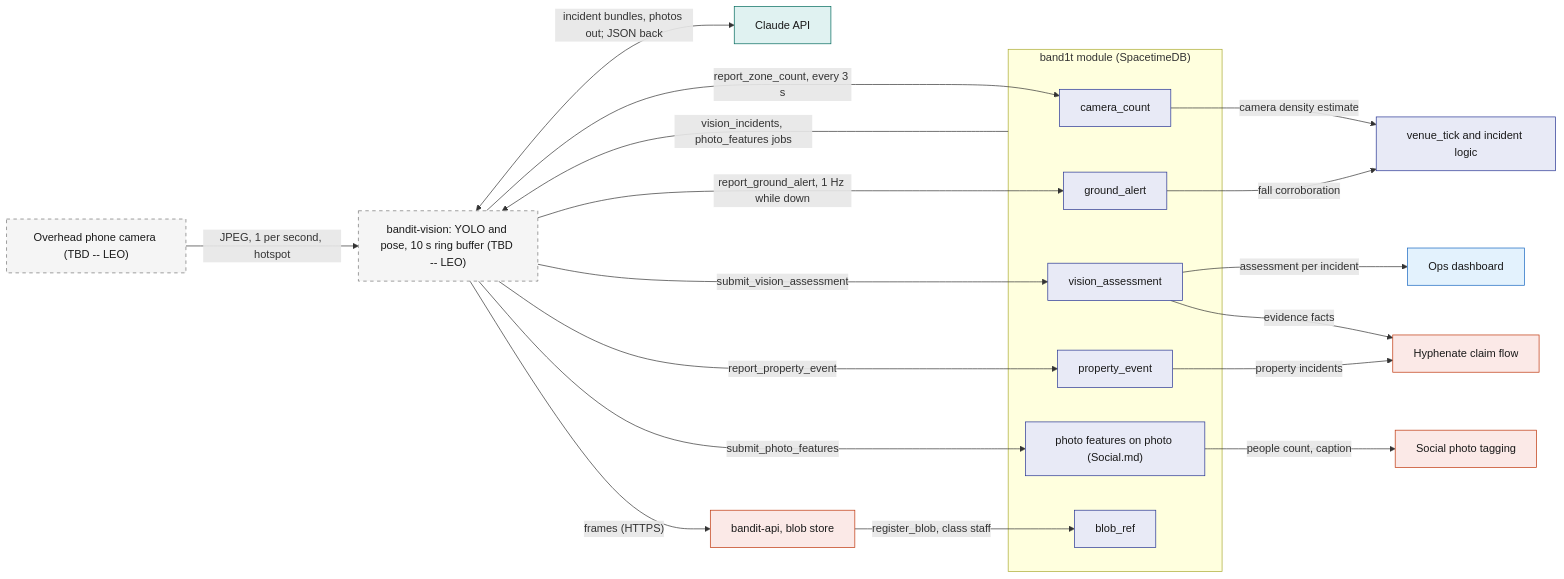
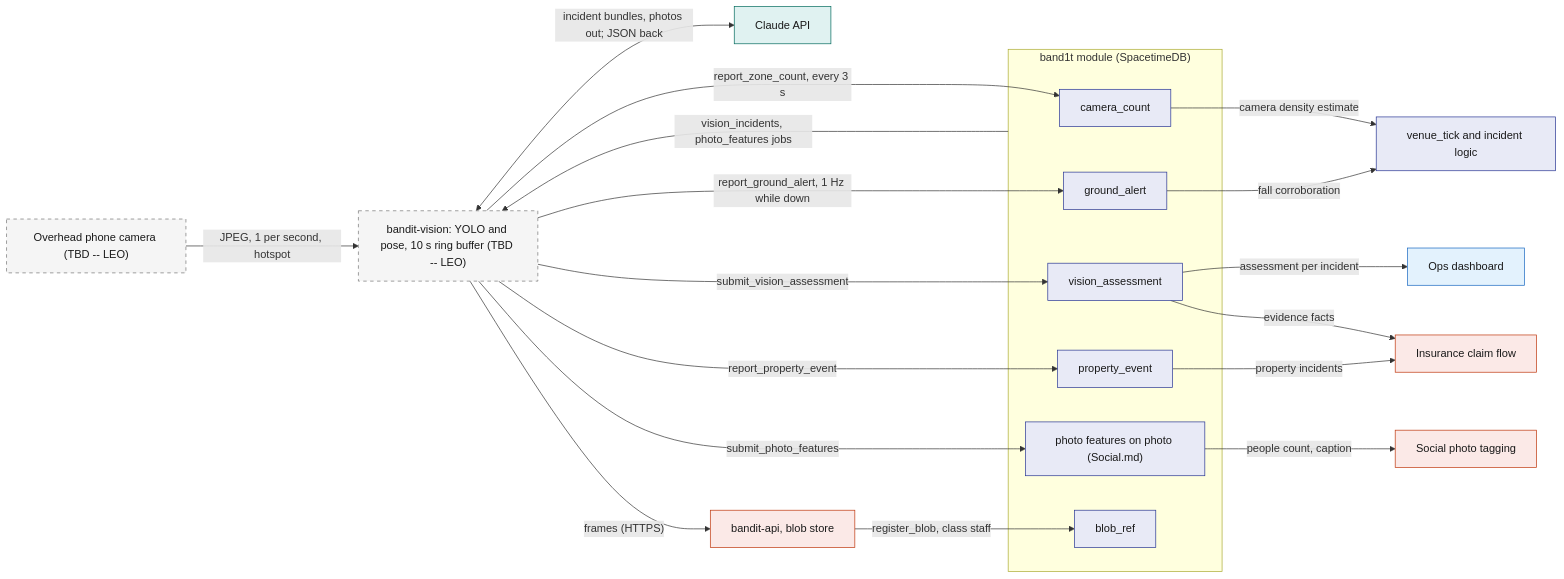
The first of 2 diagrams in System Design/4-devices/Vision.md (viktorinkov/cal-hacks-13), drawn with Mermaid before and after one commit. The commit also changed other lines of this file and 20 other files, not shown here.

Commit message:
Organizer decides every claim; Hyphenate.md is now Insurance.md

````diff
--- a/System Design/4-devices/Vision.md
+++ b/System Design/4-devices/Vision.md
@@ -62,37 +62,37 @@
 ```mermaid
 flowchart LR
     Cam["Overhead phone camera (TBD -- LEO)"] -->|"JPEG, 1 per second, hotspot"| Vis["bandit-vision: YOLO and pose, 10 s ring buffer (TBD -- LEO)"]
     Vis <-->|"incident bundles, photos out; JSON back"| Claude["Claude API"]
     Vis -->|"frames (HTTPS)"| Api["bandit-api, blob store"]
     subgraph M["band1t module (SpacetimeDB)"]
         CC["camera_count"]
         GA["ground_alert"]
         VA["vision_assessment"]
         PE["property_event"]
         PF["photo features on photo (Social.md)"]
         BL["blob_ref"]
     end
     Api -->|"register_blob, class staff"| BL
     Vis -->|"report_zone_count, every 3 s"| CC
     Vis -->|"report_ground_alert, 1 Hz while down"| GA
     Vis -->|"submit_vision_assessment"| VA
     Vis -->|"report_property_event"| PE
     Vis -->|"submit_photo_features"| PF
     M -->|"vision_incidents, photo_features jobs"| Vis
     CC -->|"camera density estimate"| Tick["venue_tick and incident logic"]
     GA -->|"fall corroboration"| Tick
     VA -->|"assessment per incident"| Ops["Ops dashboard"]
-    VA -->|"evidence facts"| Hyph["Hyphenate claim flow"]
+    VA -->|"evidence facts"| Hyph["Insurance claim flow"]
     PE -->|"property incidents"| Hyph
     PF -->|"people count, caption"| Soc["Social photo tagging"]
     classDef tbd fill:#F5F5F5,stroke:#757575,color:#1A1A1A,stroke-dasharray:5 5
     classDef ext fill:#E0F2F1,stroke:#00695C,color:#1A1A1A
     classDef rust fill:#FBE9E7,stroke:#BF360C,color:#1A1A1A
     classDef stdb fill:#E8EAF6,stroke:#283593,color:#1A1A1A
     classDef web fill:#E3F2FD,stroke:#1565C0,color:#1A1A1A
     class Cam,Vis tbd
     class Claude ext
     class Api,Hyph,Soc rust
     class CC,GA,VA,PE,PF,BL,Tick stdb
     class Ops web
 ```
````
